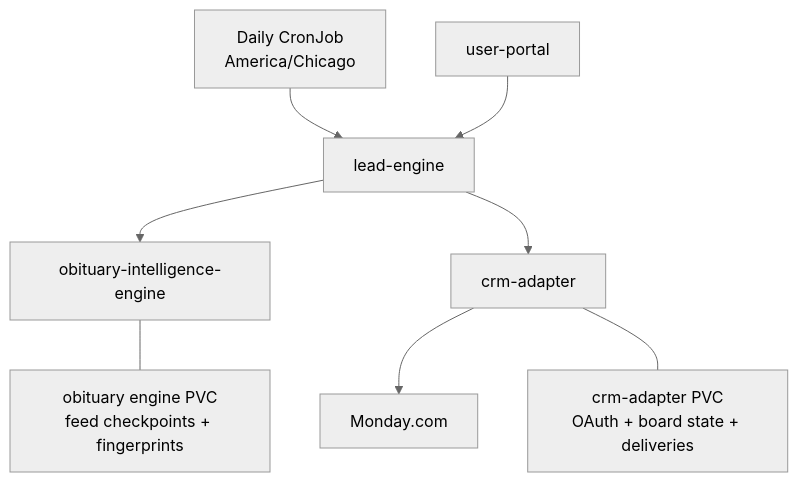
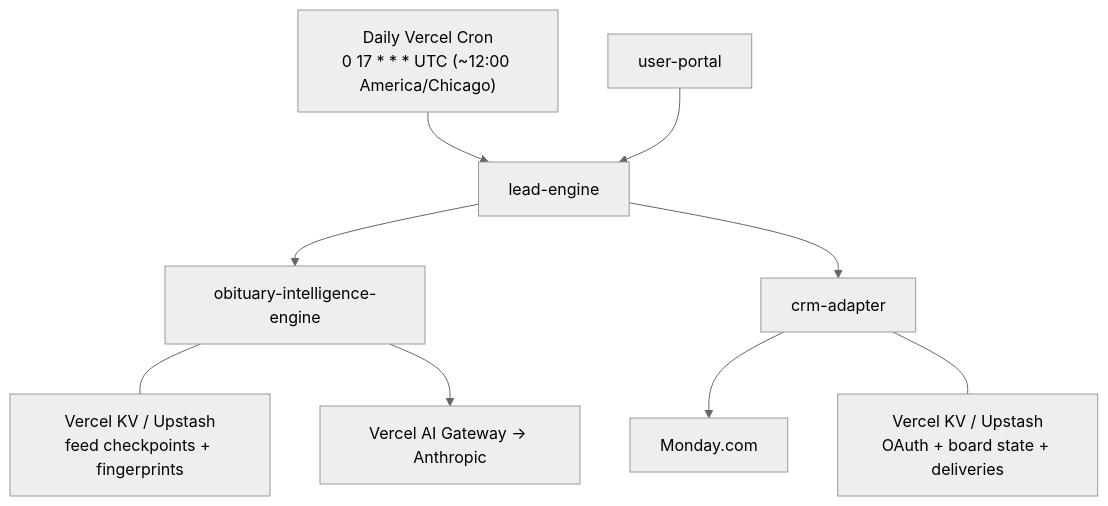
One commit to nice-and-precise/lli-saas changed the third of 3 diagrams in README.md. Above: the diagram before and after it, drawn with Mermaid (neutral theme). The commit also changed other lines of this file and 24 other files, not shown here.

````diff
--- a/README.md
+++ b/README.md
@@ -70,10 +74,11 @@
 ```mermaid
 flowchart TB
-    Cron["Daily CronJob<br/>America/Chicago"] --> LE["lead-engine"]
+    Cron["Daily Vercel Cron<br/>0 17 * * * UTC (~12:00 America/Chicago)"] --> LE["lead-engine"]
     UP["user-portal"] --> LE
     LE --> OE["obituary-intelligence-engine"]
     LE --> CA["crm-adapter"]
     CA --> Monday["Monday.com"]
-    CA --- CAPVC["crm-adapter PVC<br/>OAuth + board state + deliveries"]
-    OE --- OEPVC["obituary engine PVC<br/>feed checkpoints + fingerprints"]
+    CA --- CAKV["Vercel KV / Upstash<br/>OAuth + board state + deliveries"]
+    OE --- OEKV["Vercel KV / Upstash<br/>feed checkpoints + fingerprints"]
+    OE --> AIGW["Vercel AI Gateway → Anthropic"]
 ```
````
